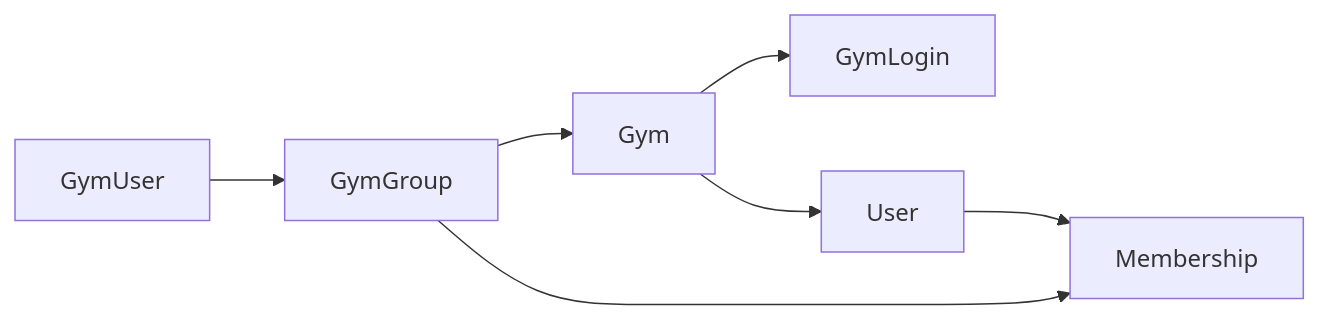
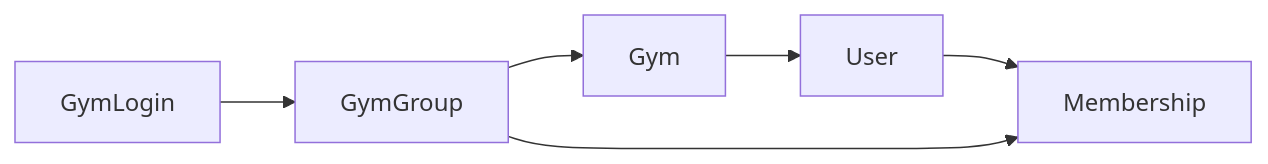
The diagram in README.md (caitlin-mclaughlin/betabase), drawn with Mermaid before and after one commit. The commit also changed other lines of this file and 328 other files, not shown here.

````diff
--- a/README.md
+++ b/README.md
@@ -52,9 +52,8 @@
 ```mermaid
 graph LR;
-  GymUser-->GymGroup
+  GymLogin-->GymGroup;
   GymGroup-->Gym;
-  Gym-->GymLogin;
   Gym-->User;
   User-->Membership;
   GymGroup-->Membership;
 ```
````
